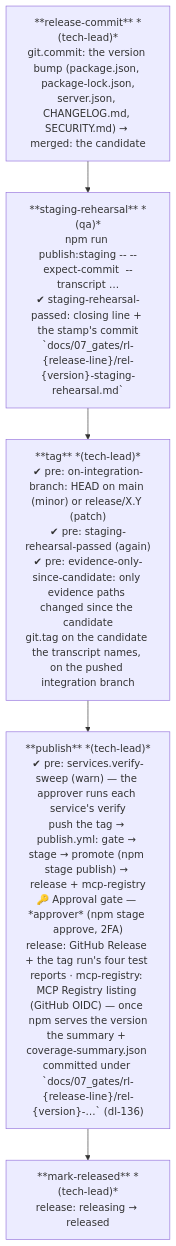
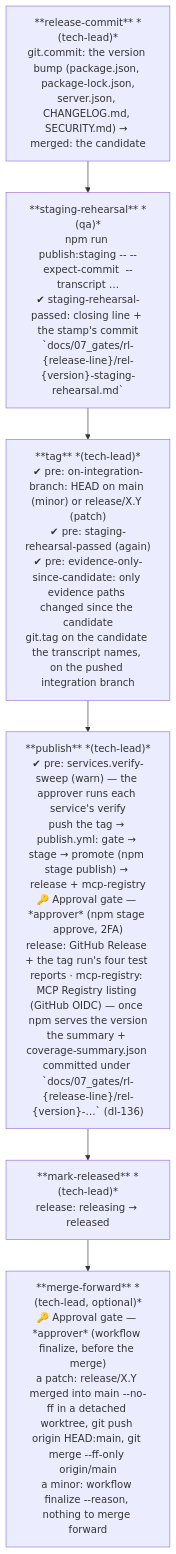
Diagram 15 of 29 in .wingfoil/WORKFLOW.md (wingfoil/wingfoil), drawn with Mermaid before and after one commit. The commit also changed other lines of this file and 8 other files, not shown here.

First line of the commit message:
fix(workflow): task-306 — merge-forward phase, tarball wait, tests.passing run (bug-428, bug-433, bug-405)

````diff
--- a/.wingfoil/WORKFLOW.md
+++ b/.wingfoil/WORKFLOW.md
@@ -420,10 +427,11 @@
 ```mermaid
 flowchart TD
     RC["**release-commit** *(tech-lead)*\ngit.commit: the version bump (package.json, package-lock.json,\nserver.json, CHANGELOG.md, SECURITY.md) → merged: the candidate"]
     SR["**staging-rehearsal** *(qa)*\nnpm run publish:staging -- --expect-commit <candidate> --transcript …\n✔ staging-rehearsal-passed: closing line + the stamp's commit\n`docs/07_gates/rl-{release-line}/rel-{version}-staging-rehearsal.md`"]
     TG["**tag** *(tech-lead)*\n✔ pre: on-integration-branch: HEAD on main (minor) or release/X.Y (patch)\n✔ pre: staging-rehearsal-passed (again)\n✔ pre: evidence-only-since-candidate: only evidence paths changed since the candidate\ngit.tag on the candidate the transcript names, on the pushed integration branch"]
     PB["**publish** *(tech-lead)*\n✔ pre: services.verify-sweep (warn) — the approver runs each service's verify\npush the tag → publish.yml: gate → stage → promote (npm stage publish) → release + mcp-registry\n🔑 Approval gate — *approver* (npm stage approve, 2FA)\nrelease: GitHub Release + the tag run's four test reports · mcp-registry: MCP Registry listing (GitHub OIDC) — once npm serves the version\nthe summary + coverage-summary.json committed under `docs/07_gates/rl-{release-line}/rel-{version}-…` (dl-136)"]
     MR["**mark-released** *(tech-lead)*\nrelease: releasing → released"]
+    MF["**merge-forward** *(tech-lead, optional)*\n🔑 Approval gate — *approver* (workflow finalize, before the merge)\na patch: release/X.Y merged into main --no-ff in a detached worktree, git push origin HEAD:main, git merge --ff-only origin/main\na minor: workflow finalize --reason, nothing to merge forward"]
 
-    RC --> SR --> TG --> PB --> MR
+    RC --> SR --> TG --> PB --> MR --> MF
 ```
````
